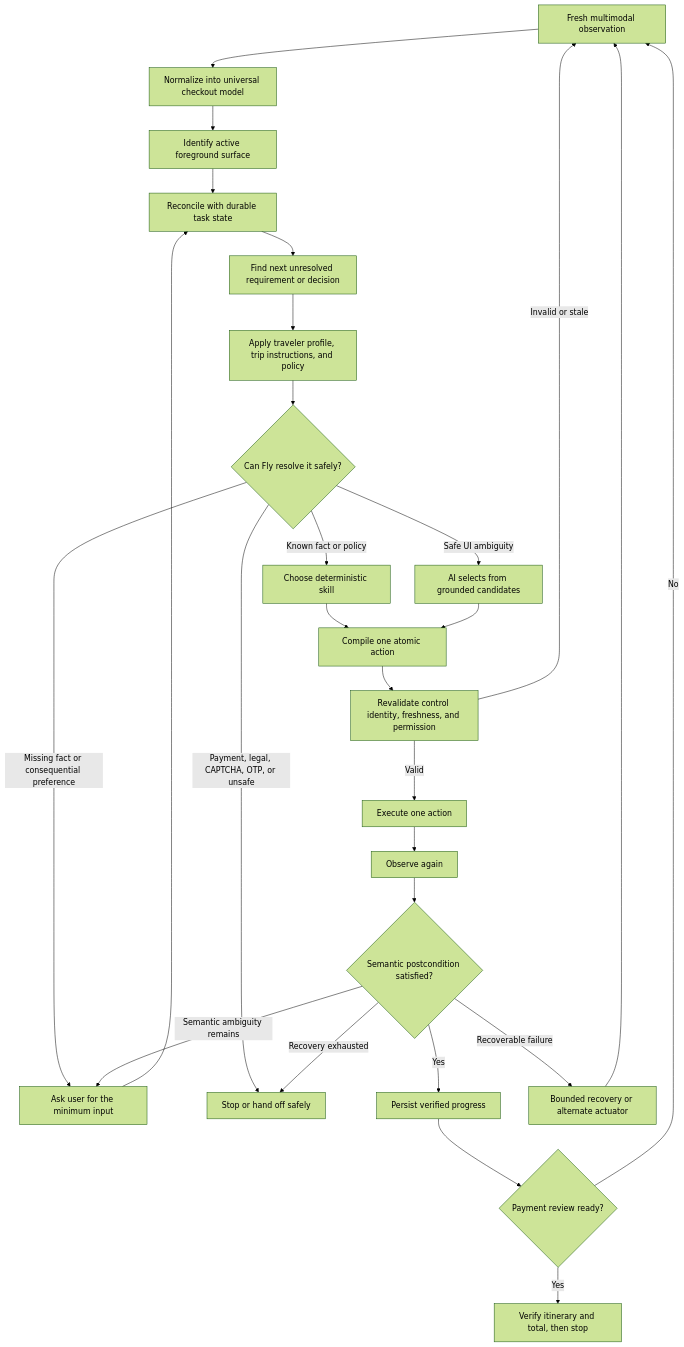
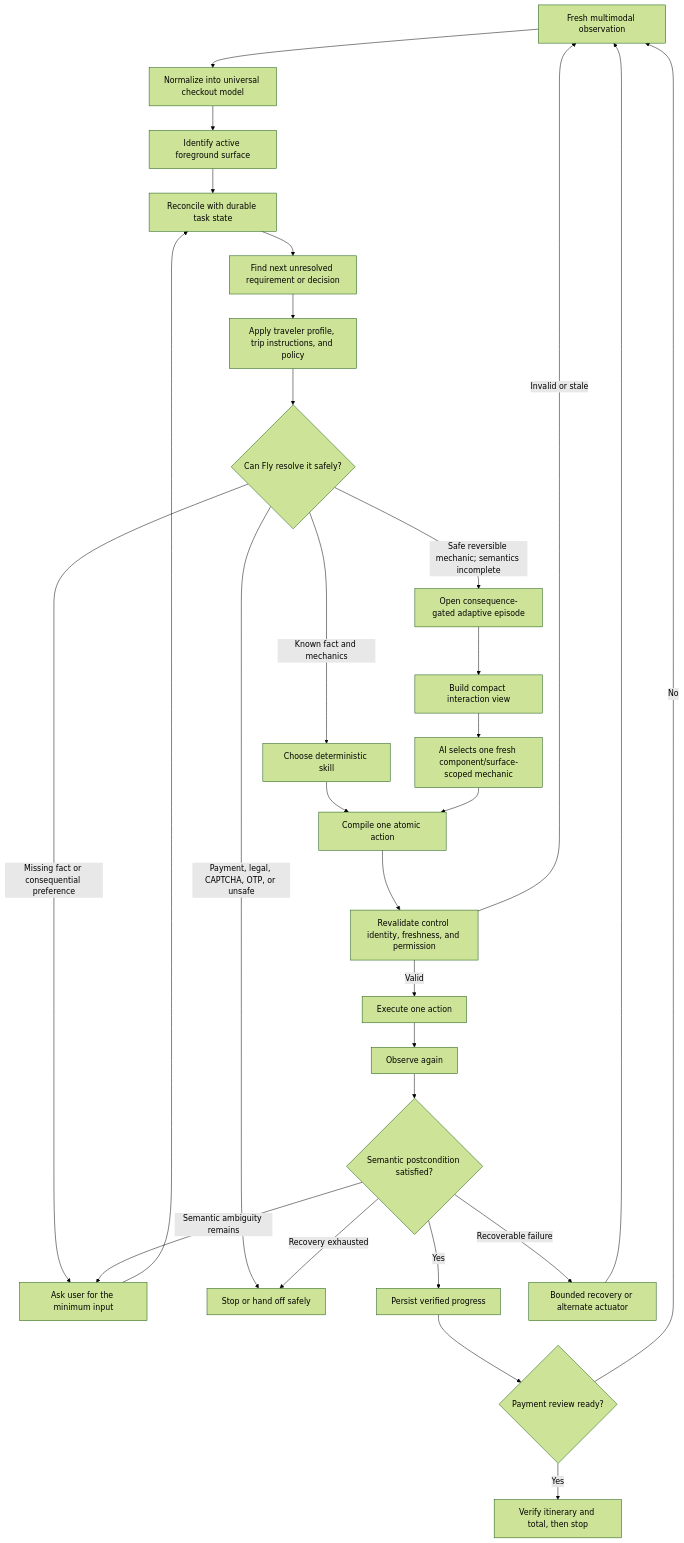
One commit to alizss/fly changed the diagram in FLY_FINAL_ROADMAP.md. Above: the diagram before and after it, drawn with Mermaid (forest theme). The commit also changed other lines of this file and 55 other files, not shown here.

Commit message:
Checkpoint pre-observation-frame architecture

````diff
--- a/FLY_FINAL_ROADMAP.md
+++ b/FLY_FINAL_ROADMAP.md
@@ -24,34 +36,36 @@
 ```mermaid
 flowchart TD
     A["Fresh multimodal observation"] --> B["Normalize into universal checkout model"]
     B --> C["Identify active foreground surface"]
     C --> D["Reconcile with durable task state"]
     D --> E["Find next unresolved requirement or decision"]
     E --> F["Apply traveler profile, trip instructions, and policy"]
     F --> G{"Can Fly resolve it safely?"}
 
-    G -->|"Known fact or policy"| H["Choose deterministic skill"]
-    G -->|"Safe UI ambiguity"| I["AI selects from grounded candidates"]
+    G -->|"Known fact and mechanics"| H["Choose deterministic skill"]
+    G -->|"Safe reversible mechanic; semantics incomplete"| I["Open consequence-gated adaptive episode"]
     G -->|"Missing fact or consequential preference"| J["Ask user for the minimum input"]
     G -->|"Payment, legal, CAPTCHA, OTP, or unsafe"| K["Stop or hand off safely"]
 
     H --> L["Compile one atomic action"]
-    I --> L
+    I --> I1["Build compact interaction view"]
+    I1 --> I2["AI selects one fresh component/surface-scoped mechanic"]
+    I2 --> L
     J --> D
 
     L --> M["Revalidate control identity, freshness, and permission"]
     M -->|"Invalid or stale"| A
     M -->|"Valid"| N["Execute one action"]
     N --> O["Observe again"]
     O --> P{"Semantic postcondition satisfied?"}
 
     P -->|"Yes"| Q["Persist verified progress"]
     Q --> R{"Payment review ready?"}
     R -->|"No"| A
     R -->|"Yes"| S["Verify itinerary and total, then stop"]
 
     P -->|"Recoverable failure"| T["Bounded recovery or alternate actuator"]
     T --> A
     P -->|"Semantic ambiguity remains"| J
     P -->|"Recovery exhausted"| K
 ```
````
